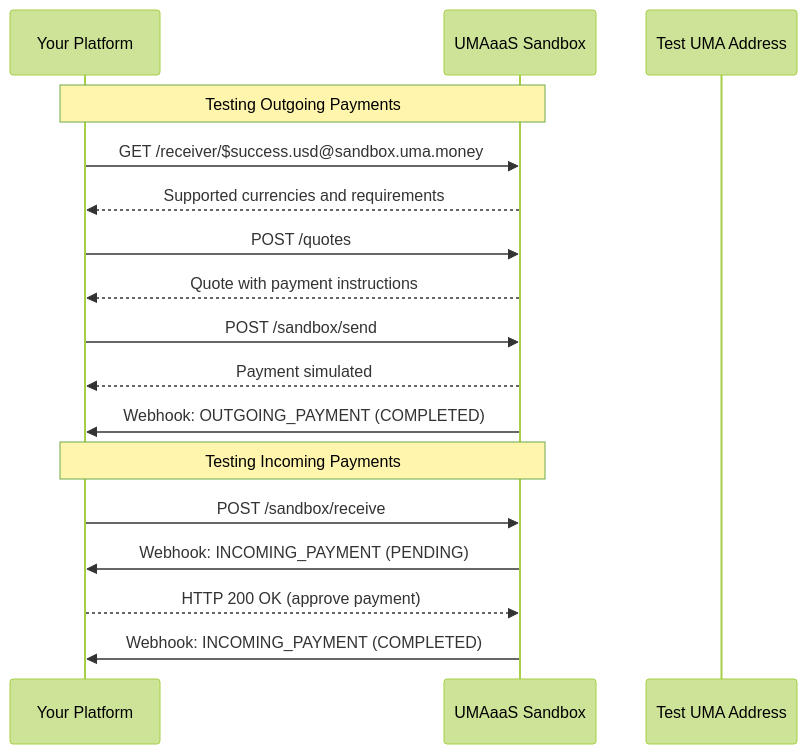
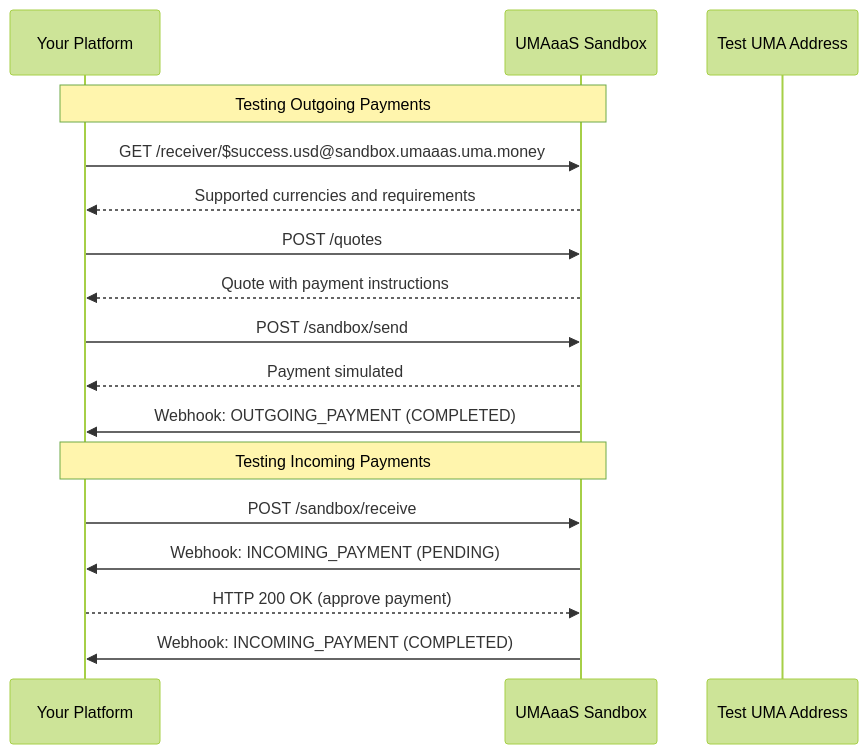
One commit to lightsparkdev/umaaas-api changed the diagram in docusaurus-docs/docs/sandbox.md. Above: the diagram before and after it, drawn with Mermaid (forest theme). The commit also changed other lines of this file and 3 other files, not shown here.

````diff
--- a/docusaurus-docs/docs/sandbox.md
+++ b/docusaurus-docs/docs/sandbox.md
@@ -19,21 +19,21 @@
 ```mermaid
 sequenceDiagram
     participant Client as Your Platform
     participant UMAaaS as UMAaaS Sandbox
     participant Test as Test UMA Address
 
     Note over Client, UMAaaS: Testing Outgoing Payments
-    Client->>UMAaaS: GET /receiver/$success.usd@sandbox.uma.money
+    Client->>UMAaaS: GET /receiver/$success.usd@sandbox.umaaas.uma.money
     UMAaaS-->>Client: Supported currencies and requirements
     Client->>UMAaaS: POST /quotes
     UMAaaS-->>Client: Quote with payment instructions
     Client->>UMAaaS: POST /sandbox/send
     UMAaaS-->>Client: Payment simulated
     UMAaaS->>Client: Webhook: OUTGOING_PAYMENT (COMPLETED)
 
     Note over Client, UMAaaS: Testing Incoming Payments
     Client->>UMAaaS: POST /sandbox/receive
     UMAaaS->>Client: Webhook: INCOMING_PAYMENT (PENDING)
     Client-->>UMAaaS: HTTP 200 OK (approve payment)
     UMAaaS->>Client: Webhook: INCOMING_PAYMENT (COMPLETED)
 ```
````
